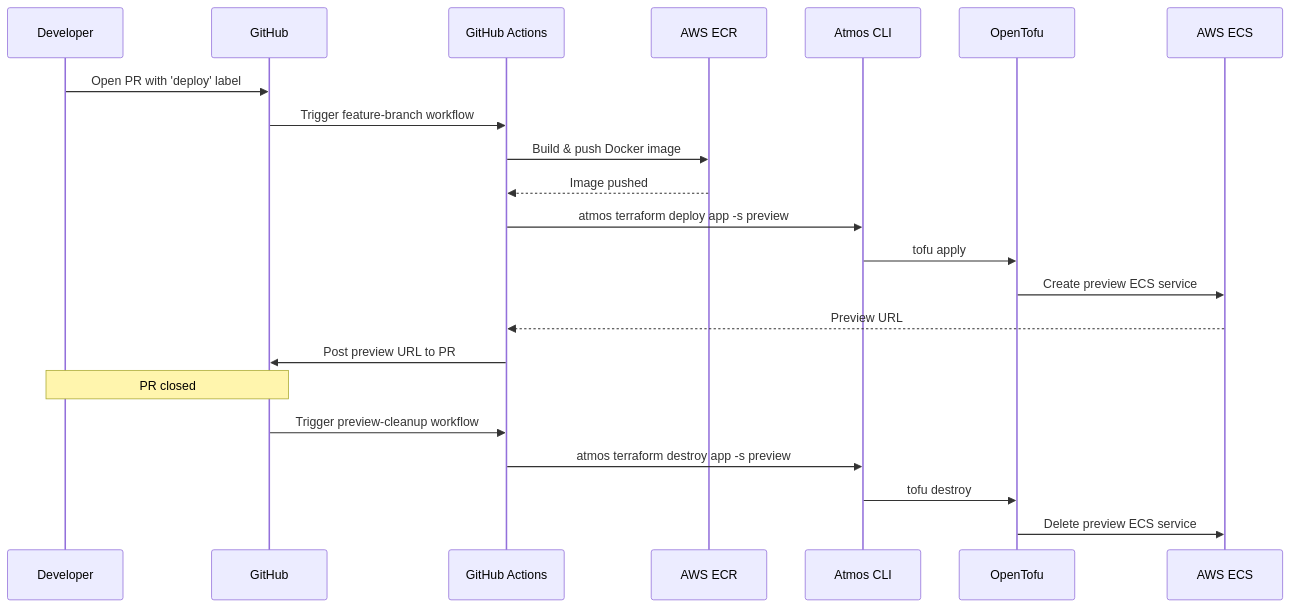
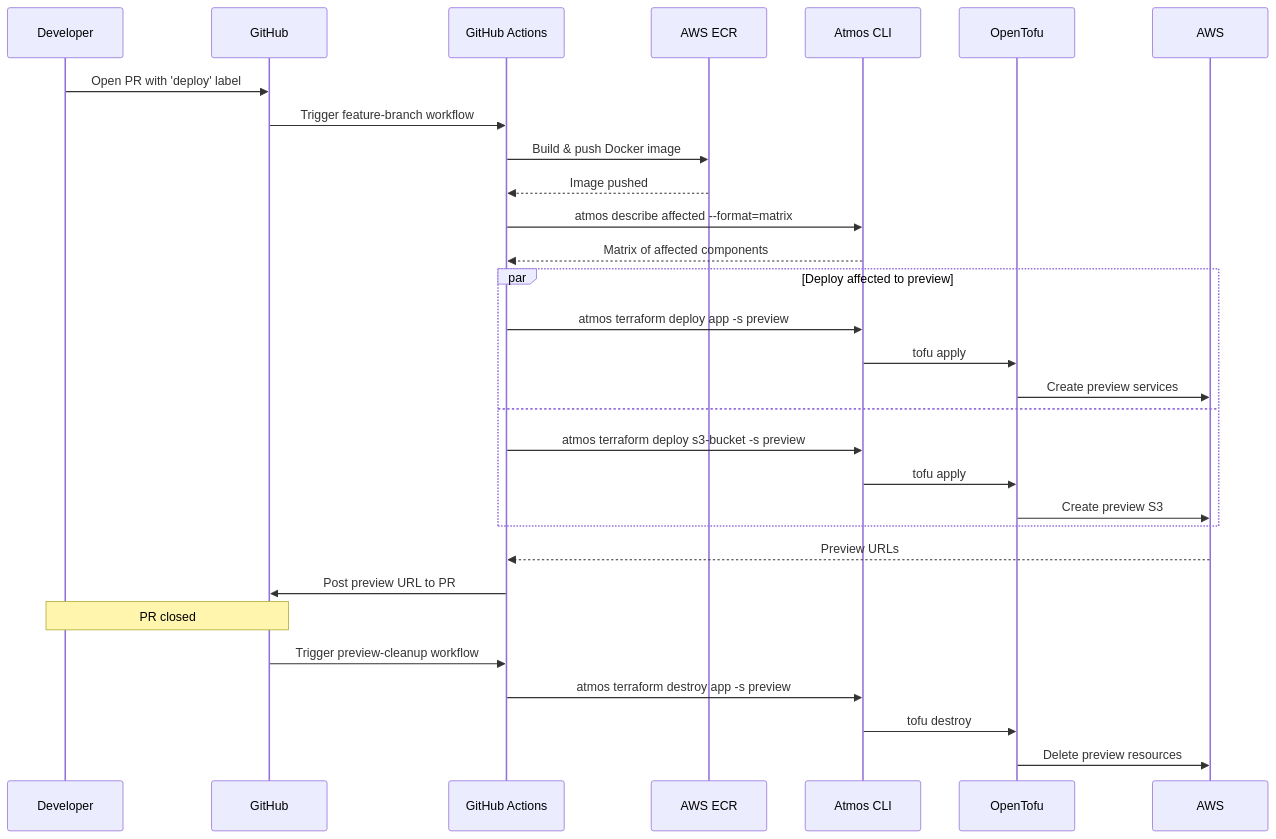
Before and after one commit to cloudposse-examples/atmos-native-ci-advanced: the fourth of 5 diagrams in .github/workflows/README.md, drawn with Mermaid. The commit also changed other lines of this file and 15 other files, not shown here.

First line of the commit message:
Add S3 source provisioning and affected matrix CI (#1)

````diff
--- a/.github/workflows/README.md
+++ b/.github/workflows/README.md
@@ -64,25 +101,33 @@
 ```mermaid
 sequenceDiagram
     participant Dev as Developer
     participant GH as GitHub
     participant GA as GitHub Actions
     participant ECR as AWS ECR
     participant Atmos as Atmos CLI
     participant TF as OpenTofu
-    participant ECS as AWS ECS
+    participant AWS as AWS
 
     Dev->>GH: Open PR with 'deploy' label
     GH->>GA: Trigger feature-branch workflow
     GA->>ECR: Build & push Docker image
     ECR-->>GA: Image pushed
-    GA->>Atmos: atmos terraform deploy app -s preview
-    Atmos->>TF: tofu apply
-    TF->>ECS: Create preview ECS service
-    ECS-->>GA: Preview URL
+    GA->>Atmos: atmos describe affected --format=matrix
+    Atmos-->>GA: Matrix of affected components
+    par Deploy affected to preview
+        GA->>Atmos: atmos terraform deploy app -s preview
+        Atmos->>TF: tofu apply
+        TF->>AWS: Create preview services
+    and
+        GA->>Atmos: atmos terraform deploy s3-bucket -s preview
+        Atmos->>TF: tofu apply
+        TF->>AWS: Create preview S3
+    end
+    AWS-->>GA: Preview URLs
     GA->>GH: Post preview URL to PR
     Note over Dev,GH: PR closed
     GH->>GA: Trigger preview-cleanup workflow
     GA->>Atmos: atmos terraform destroy app -s preview
     Atmos->>TF: tofu destroy
-    TF->>ECS: Delete preview ECS service
+    TF->>AWS: Delete preview resources
 ```
````
